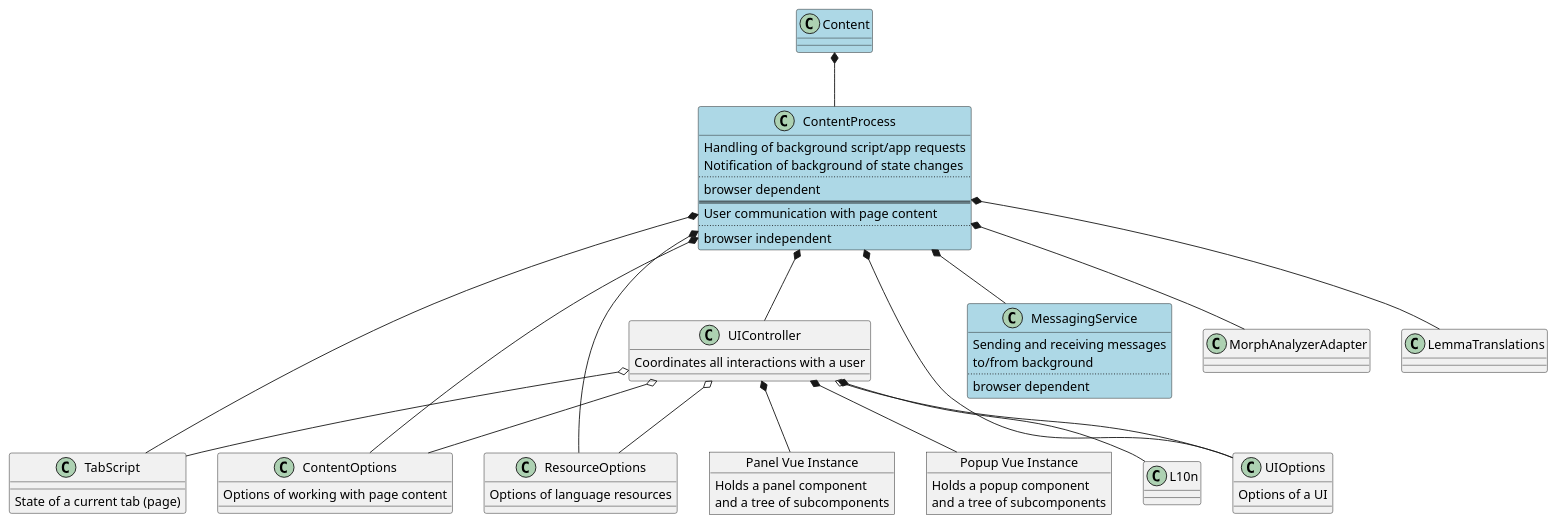
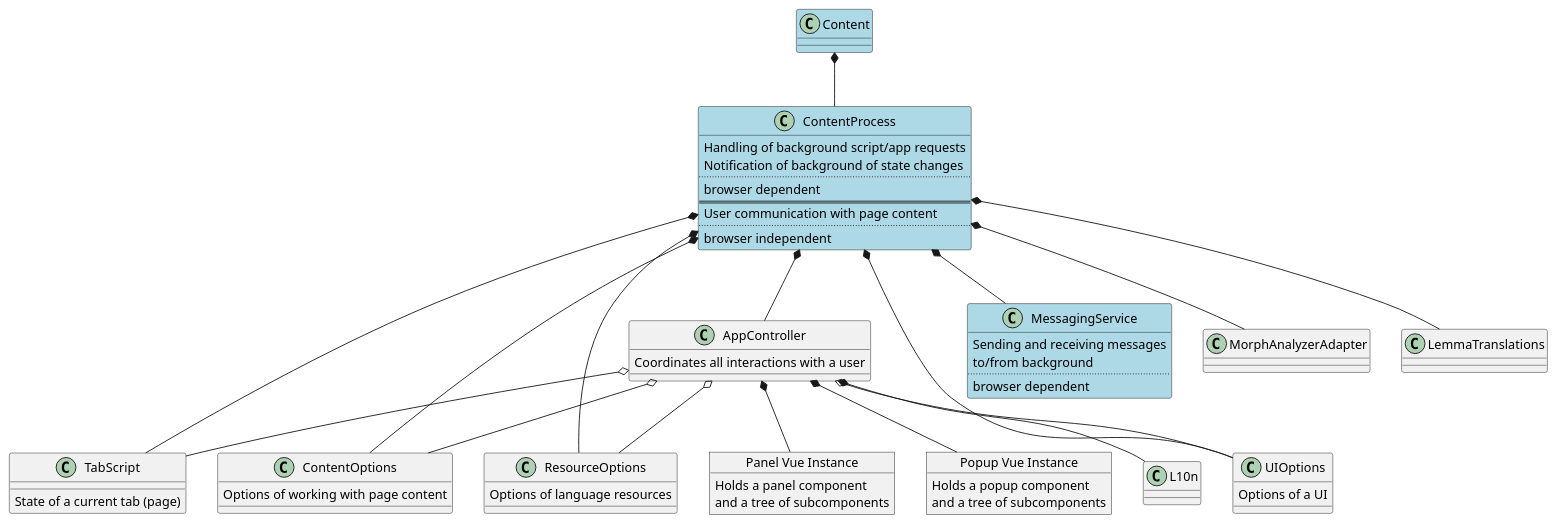
The diagram in development/app-architecture/app-architecture-current.puml (alpheios-project/documentation), drawn with PlantUML before and after one commit. The commit also changed 15 other files, not shown here.

```diff
--- a/development/app-architecture/app-architecture-current.puml
+++ b/development/app-architecture/app-architecture-current.puml
@@ -1,79 +1,79 @@
 @startuml
 class Content #lightblue {
 }
 
 class ContentProcess #lightblue {
     Handling of background script/app requests
     Notification of background of state changes
     ..
     browser dependent
     ==
     User communication with page content
     ..
     browser independent
 }
 
 class TabScript {
     State of a current tab (page)
 }
 
 class ContentOptions {
     Options of working with page content
 }
 
 class ResourceOptions {
     Options of language resources
 }
 
 class UIOptions {
     Options of a UI
 }
 
 class MessagingService #lightblue {
     Sending and receiving messages
     to/from background
     ..
     browser dependent
 }
 
 class MorphAnalyzerAdapter {
 }
 
 class LemmaTranslations {
 }
 
-class UIController {
+class AppController {
     Coordinates all interactions with a user
 }
 
 object "Panel Vue Instance" as PanelVI {
     Holds a panel component
     and a tree of subcomponents
 }
 object "Popup Vue Instance" as PopupVI {
     Holds a popup component
     and a tree of subcomponents
 }
 
 class L10n {
 }
 
 Content *-- ContentProcess
 
 ContentProcess *-- MessagingService
 ContentProcess *-- MorphAnalyzerAdapter
 ContentProcess *-- LemmaTranslations
-ContentProcess *-- UIController
+ContentProcess *-- AppController
 ContentProcess *-- TabScript
 ContentProcess *-- ContentOptions
 ContentProcess *-- ResourceOptions
 ContentProcess *-- UIOptions
 
-UIController *-- PanelVI
-UIController *-- PopupVI
-UIController *-- L10n
-UIController o-- TabScript
-UIController o-- ContentOptions
-UIController o-- ResourceOptions
-UIController o-- UIOptions
+AppController *-- PanelVI
+AppController *-- PopupVI
+AppController *-- L10n
+AppController o-- TabScript
+AppController o-- ContentOptions
+AppController o-- ResourceOptions
+AppController o-- UIOptions
 @enduml
```
